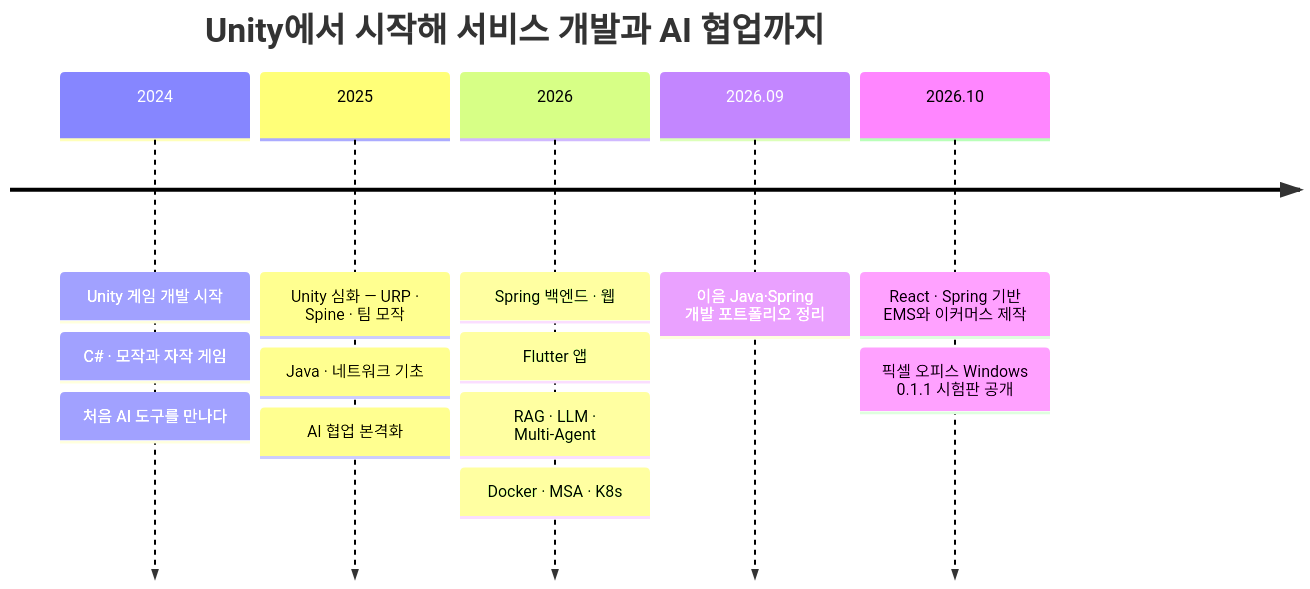
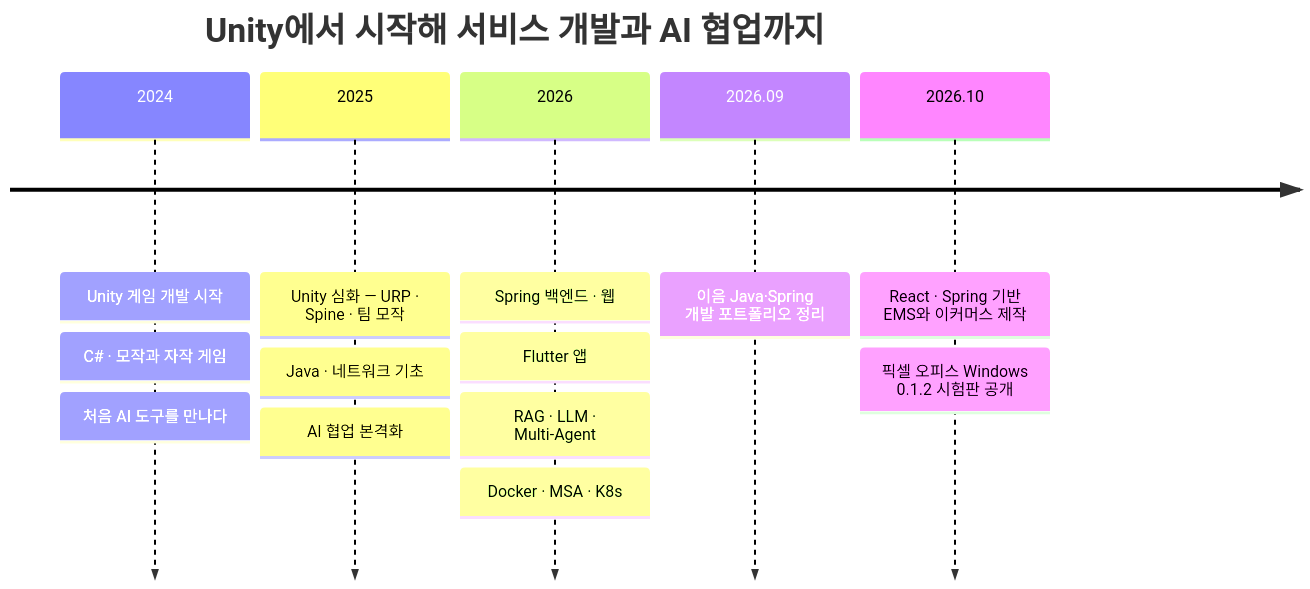
One commit to MaoEmong/MaoEmong changed the diagram in README.md. Above: the diagram before and after it, drawn with Mermaid. The commit also changed other lines of this file, not shown here.

````diff
--- a/README.md
+++ b/README.md
@@ -39,9 +41,9 @@
 ```mermaid
 timeline
     title Unity에서 시작해 서비스 개발과 AI 협업까지
     2024 : Unity 게임 개발 시작 : C# · 모작과 자작 게임 : 처음 AI 도구를 만나다
     2025 : Unity 심화 — URP · Spine · 팀 모작 : Java · 네트워크 기초 : AI 협업 본격화
     2026 : Spring 백엔드 · 웹 : Flutter 앱 : RAG · LLM · Multi-Agent : Docker · MSA · K8s
     2026.09 : 이음 Java·Spring 개발 포트폴리오 정리
-    2026.10 : React · Spring 기반 EMS와 이커머스 제작 : 픽셀 오피스 Windows 0.1.1 시험판 공개
+    2026.10 : React · Spring 기반 EMS와 이커머스 제작 : 픽셀 오피스 Windows 0.1.2 시험판 공개
 ```
````
